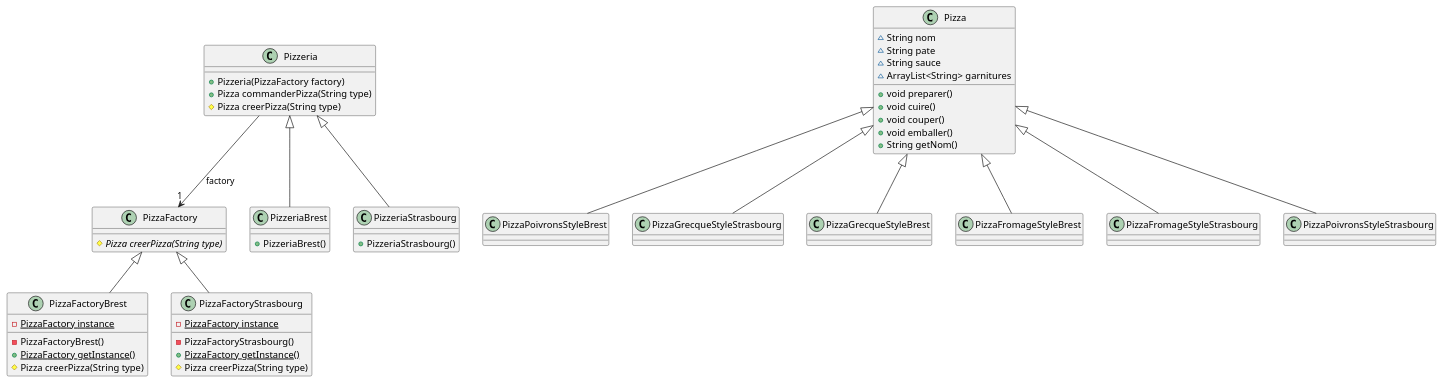
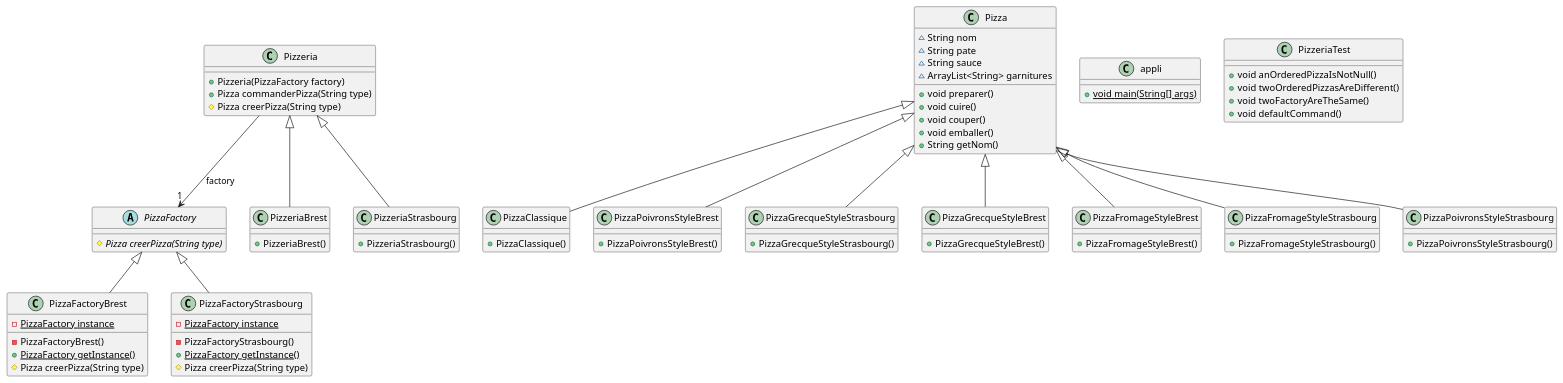
One commit to IUT-Blagnac/cpoa-tp3-W-Trinh changed the diagram in docs/TP3.plantuml. Above: the diagram before and after it, drawn with PlantUML.

```diff
--- a/docs/TP3.plantuml
+++ b/docs/TP3.plantuml
@@ -1,84 +1,105 @@
 @startuml
 abstract class Pizzeria [[java:Pizzeria]] {
 	+Pizzeria(PizzaFactory factory)
 	+Pizza commanderPizza(String type)
 	#Pizza creerPizza(String type)
 }
 class PizzaFactory [[java:PizzaFactory]] {
 }
 Pizzeria --> "1" PizzaFactory : factory
+class PizzaFactoryBrest [[java:PizzaFactoryBrest]] {
+	-{static}PizzaFactory instance
+	-PizzaFactoryBrest()
+	+{static}PizzaFactory getInstance()
+	#Pizza creerPizza(String type)
+}
+class PizzaFactory [[java:PizzaFactory]] {
+}
+PizzaFactory <|-- PizzaFactoryBrest
 class PizzeriaBrest [[java:PizzeriaBrest]] {
 	+PizzeriaBrest()
 }
 class Pizzeria [[java:Pizzeria]] {
 }
 Pizzeria <|-- PizzeriaBrest
+class PizzaClassique [[java:PizzaClassique]] {
+	+PizzaClassique()
+}
+class Pizza [[java:Pizza]] {
+}
+Pizza <|-- PizzaClassique
+class appli [[java:appli]] {
+	+{static}void main(String[] args)
+}
 abstract class Pizza [[java:Pizza]] {
 	~String nom
 	~String pate
 	~String sauce
 	~ArrayList<String> garnitures
 	+void preparer()
 	+void cuire()
 	+void couper()
 	+void emballer()
 	+String getNom()
 }
 class PizzaPoivronsStyleBrest [[java:PizzaPoivronsStyleBrest]] {
+	+PizzaPoivronsStyleBrest()
 }
 class Pizza [[java:Pizza]] {
 }
 Pizza <|-- PizzaPoivronsStyleBrest
 class PizzaGrecqueStyleStrasbourg [[java:PizzaGrecqueStyleStrasbourg]] {
+	+PizzaGrecqueStyleStrasbourg()
 }
 class Pizza [[java:Pizza]] {
 }
 Pizza <|-- PizzaGrecqueStyleStrasbourg
 class PizzaGrecqueStyleBrest [[java:PizzaGrecqueStyleBrest]] {
+	+PizzaGrecqueStyleBrest()
 }
 class Pizza [[java:Pizza]] {
 }
 Pizza <|-- PizzaGrecqueStyleBrest
 class PizzaFromageStyleBrest [[java:PizzaFromageStyleBrest]] {
+	+PizzaFromageStyleBrest()
 }
 class Pizza [[java:Pizza]] {
 }
 Pizza <|-- PizzaFromageStyleBrest
+class PizzaFactoryStrasbourg [[java:PizzaFactoryStrasbourg]] {
+	-{static}PizzaFactory instance
+	-PizzaFactoryStrasbourg()
+	+{static}PizzaFactory getInstance()
+	#Pizza creerPizza(String type)
+}
+class PizzaFactory [[java:PizzaFactory]] {
+}
+PizzaFactory <|-- PizzaFactoryStrasbourg
 class PizzaFromageStyleStrasbourg [[java:PizzaFromageStyleStrasbourg]] {
+	+PizzaFromageStyleStrasbourg()
 }
 class Pizza [[java:Pizza]] {
 }
 Pizza <|-- PizzaFromageStyleStrasbourg
 class PizzeriaStrasbourg [[java:PizzeriaStrasbourg]] {
 	+PizzeriaStrasbourg()
 }
 class Pizzeria [[java:Pizzeria]] {
 }
 Pizzeria <|-- PizzeriaStrasbourg
 class PizzaPoivronsStyleStrasbourg [[java:PizzaPoivronsStyleStrasbourg]] {
+	+PizzaPoivronsStyleStrasbourg()
 }
 class Pizza [[java:Pizza]] {
 }
 Pizza <|-- PizzaPoivronsStyleStrasbourg
 abstract class PizzaFactory [[java:PizzaFactory]] {
 	#{abstract}Pizza creerPizza(String type)
 }
-class PizzaFactoryBrest [[java:PizzaFactoryBrest]] {
-	-{static}PizzaFactory instance
-	-PizzaFactoryBrest()
-	+{static}PizzaFactory getInstance()
-	#Pizza creerPizza(String type)
+class PizzeriaTest [[java:PizzeriaTest]] {
+	+void anOrderedPizzaIsNotNull()
+	+void twoOrderedPizzasAreDifferent()
+	+void twoFactoryAreTheSame()
+	+void defaultCommand()
 }
-class PizzaFactory [[java:PizzaFactory]] {
-}
-PizzaFactory <|-- PizzaFactoryBrest
-class PizzaFactoryStrasbourg [[java:PizzaFactoryStrasbourg]] {
-	-{static}PizzaFactory instance
-	-PizzaFactoryStrasbourg()
-	+{static}PizzaFactory getInstance()
-	#Pizza creerPizza(String type)
-}
-class PizzaFactory [[java:PizzaFactory]] {
-}
-PizzaFactory <|-- PizzaFactoryStrasbourg
 @enduml
```
